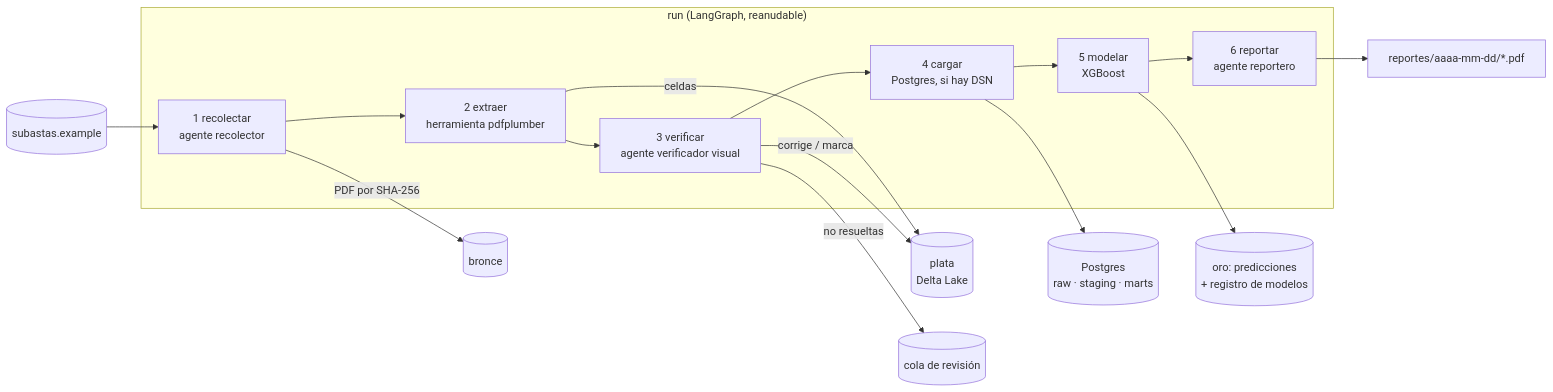
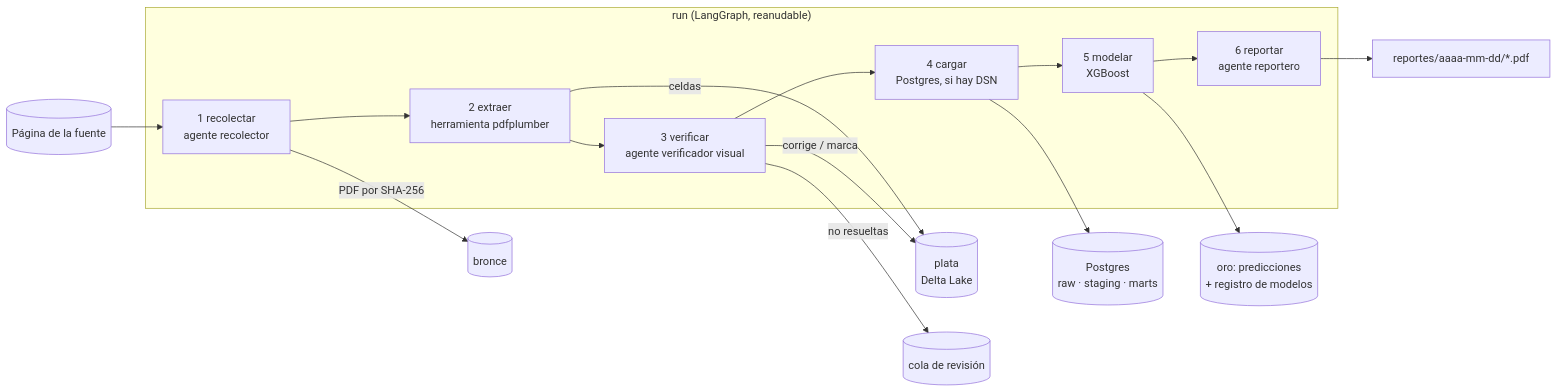
One commit to fyamith01/prediccion_ganadera changed the first of 2 diagrams in README.md. Above: the diagram before and after it, drawn with Mermaid. The commit also changed other lines of this file and 10 other files, not shown here.

````diff
--- a/README.md
+++ b/README.md
@@ -26,18 +28,18 @@
 ```mermaid
 flowchart LR
-    W[(subastas.example)] --> R
+    W[(Página de la fuente)] --> R
     subgraph Corrida["run (LangGraph, reanudable)"]
         R[1 recolectar<br/>agente recolector] --> X[2 extraer<br/>herramienta pdfplumber]
         X --> V[3 verificar<br/>agente verificador visual]
         V --> C[4 cargar<br/>Postgres, si hay DSN]
         C --> M[5 modelar<br/>XGBoost]
         M --> P[6 reportar<br/>agente reportero]
     end
     R -->|PDF por SHA-256| B[(bronce)]
     X -->|celdas| PL[(plata<br/>Delta Lake)]
     V -->|corrige / marca| PL
     V -->|no resueltas| Q[(cola de revisión)]
     C --> PG[(Postgres<br/>raw · staging · marts)]
     M --> O[(oro: predicciones<br/>+ registro de modelos)]
     P --> PDF["reportes/aaaa-mm-dd/*.pdf"]
 ```
````
